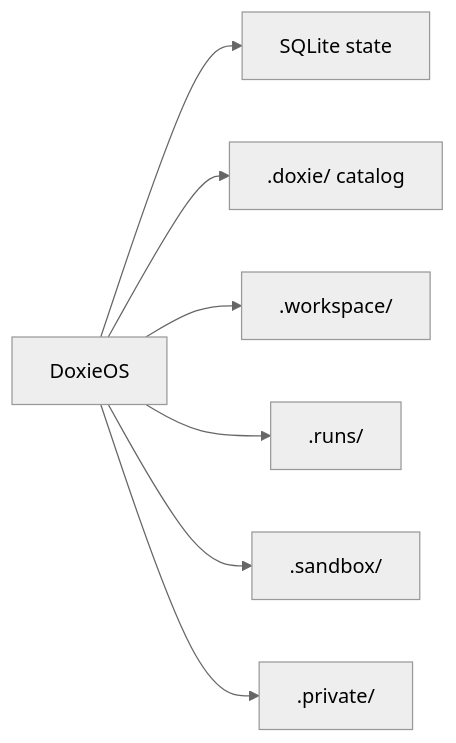
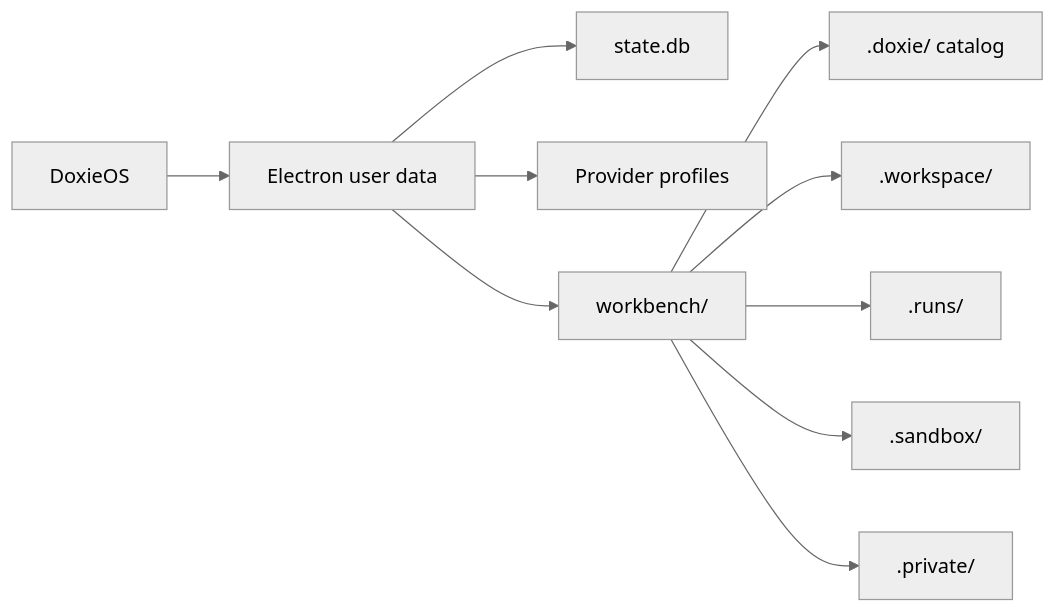
The fourth of 5 diagrams in docs/architecture.md (viamus/DoxieOS), drawn with Mermaid (neutral theme) before and after one commit. The commit also changed other lines of this file and 25 other files, not shown here.

Commit message:
Keep desktop data in AppData and add a Windows launcher

````diff
--- a/docs/architecture.md
+++ b/docs/architecture.md
@@ -80,9 +80,12 @@
 ```mermaid
 flowchart LR
-    App["DoxieOS"] --> DB["SQLite state"]
-    App --> DoxieRoot[".doxie/ catalog"]
-    App --> WorkspaceRoot[".workspace/"]
-    App --> RunsRoot[".runs/"]
-    App --> SandboxRoot[".sandbox/"]
-    App --> PrivateRoot[".private/"]
+    App["DoxieOS"] --> Profile["Electron user data"]
+    Profile --> DB["state.db"]
+    Profile --> Providers["Provider profiles"]
+    Profile --> Workbench["workbench/"]
+    Workbench --> DoxieRoot[".doxie/ catalog"]
+    Workbench --> WorkspaceRoot[".workspace/"]
+    Workbench --> RunsRoot[".runs/"]
+    Workbench --> SandboxRoot[".sandbox/"]
+    Workbench --> PrivateRoot[".private/"]
 ```
````
